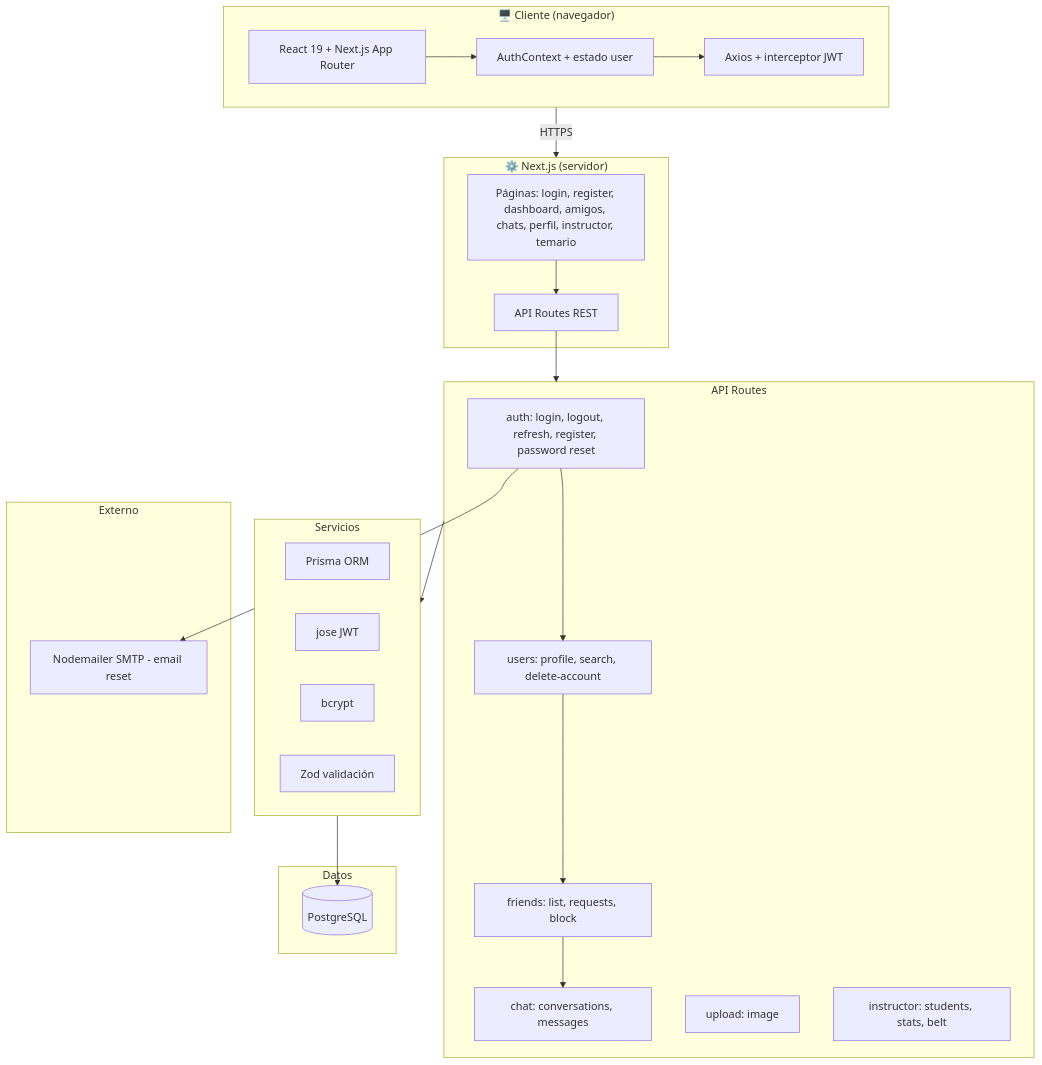
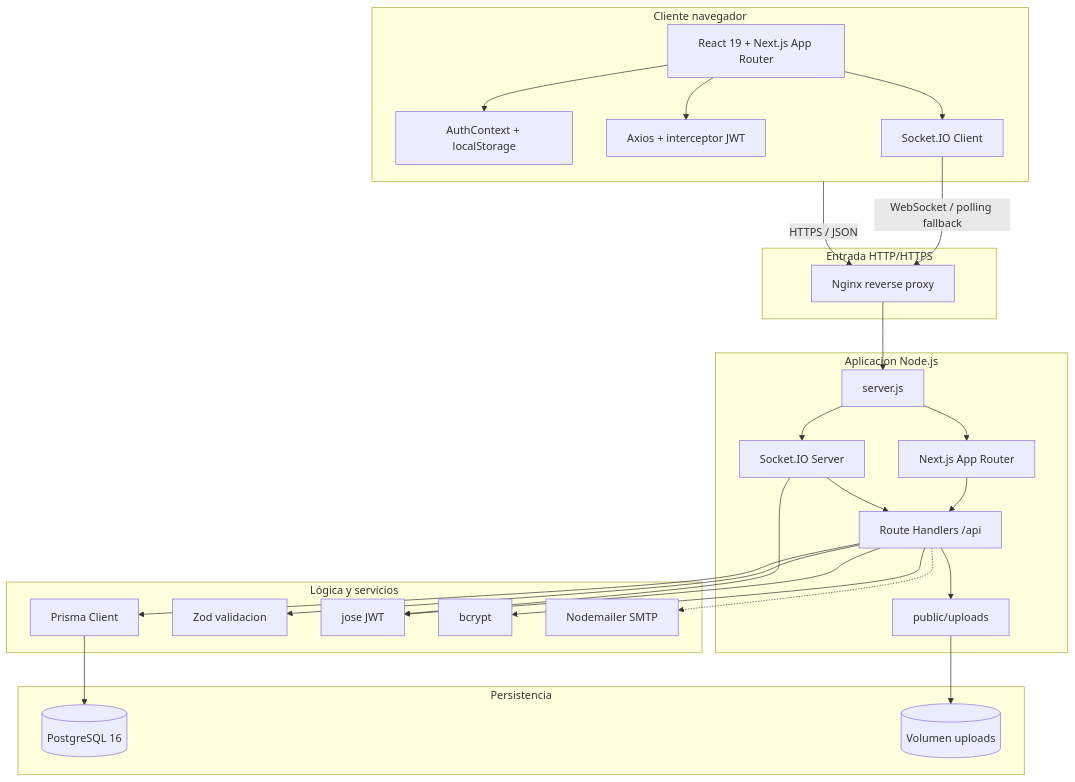
Before and after one commit to marioscorner/TAEKWONDO_MGG: the first of 2 diagrams in docs/DIAGRAMA_ARQUITECTURA.md, drawn with Mermaid. The commit also changed other lines of this file and 10 other files, not shown here.

Commit message:
docs: update architecture and local setup

````diff
--- a/docs/DIAGRAMA_ARQUITECTURA.md
+++ b/docs/DIAGRAMA_ARQUITECTURA.md
@@ -19,49 +9,54 @@
 ```mermaid
 flowchart TB
-    subgraph CLIENTE["🖥️ Cliente (navegador)"]
+    subgraph CLIENTE["Cliente navegador"]
         UI[React 19 + Next.js App Router]
-        AUTH_CTX[AuthContext + estado user]
+        AUTH[AuthContext + localStorage]
         AXIOS[Axios + interceptor JWT]
-        UI --> AUTH_CTX
-        AUTH_CTX --> AXIOS
+        SOCKET_CLIENT[Socket.IO Client]
+        UI --> AUTH
+        UI --> AXIOS
+        UI --> SOCKET_CLIENT
     end
 
-    subgraph NEXT["⚙️ Next.js (servidor)"]
-        PAGES[Páginas: login, register, dashboard, amigos, chats, perfil, instructor, temario]
-        API[API Routes REST]
-        PAGES --> API
+    subgraph EDGE["Entrada HTTP/HTTPS"]
+        NGINX[Nginx reverse proxy]
     end
 
-    subgraph API_GRUPOS["API Routes"]
-        AUTH_API[auth: login, logout, refresh, register, password reset]
-        USERS_API[users: profile, search, delete-account]
-        FRIENDS_API[friends: list, requests, block]
-        CHAT_API[chat: conversations, messages]
-        UPLOAD_API[upload: image]
-        INSTRUCTOR_API[instructor: students, stats, belt]
-        AUTH_API --> USERS_API
-        USERS_API --> FRIENDS_API
-        FRIENDS_API --> CHAT_API
+    subgraph APP["Aplicacion Node.js"]
+        SERVER[server.js]
+        NEXT[Next.js App Router]
+        ROUTES[Route Handlers /api]
+        SOCKET_SERVER[Socket.IO Server]
+        UPLOADS[public/uploads]
+        SERVER --> NEXT
+        SERVER --> SOCKET_SERVER
+        NEXT --> ROUTES
+        ROUTES --> UPLOADS
     end
 
-    subgraph SERVICIOS["Servicios"]
-        PRISMA[Prisma ORM]
+    subgraph SERVICIOS["Lógica y servicios"]
+        PRISMA[Prisma Client]
+        ZOD[Zod validacion]
         JWT[jose JWT]
         BCRYPT[bcrypt]
-        ZOD[Zod validación]
+        MAIL[Nodemailer SMTP]
     end
 
-    subgraph DATOS["Datos"]
-        PG[(PostgreSQL)]
+    subgraph DATOS["Persistencia"]
+        PG[(PostgreSQL 16)]
+        FS[(Volumen uploads)]
     end
 
-    subgraph EXTERNO["Externo"]
-        SMTP[Nodemailer SMTP - email reset]
-    end
-
-    CLIENTE -->|HTTPS| NEXT
-    API --> API_GRUPOS
-    API_GRUPOS --> SERVICIOS
-    SERVICIOS --> PG
-    AUTH_API --> SMTP
+    CLIENTE -->|HTTPS / JSON| NGINX
+    SOCKET_CLIENT -->|WebSocket / polling fallback| NGINX
+    NGINX --> SERVER
+    ROUTES --> ZOD
+    ROUTES --> JWT
+    ROUTES --> BCRYPT
+    ROUTES --> PRISMA
+    ROUTES -.-> MAIL
+    SOCKET_SERVER --> JWT
+    SOCKET_SERVER --> ROUTES
+    PRISMA --> PG
+    UPLOADS --> FS
 ```
````
